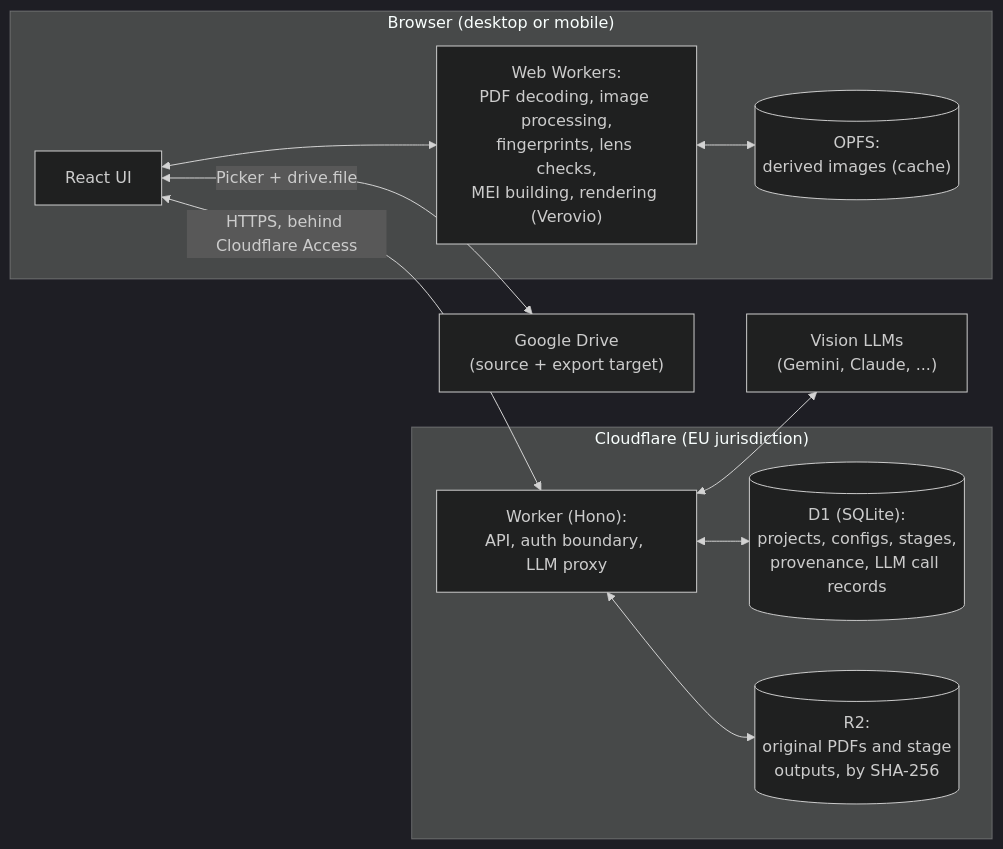
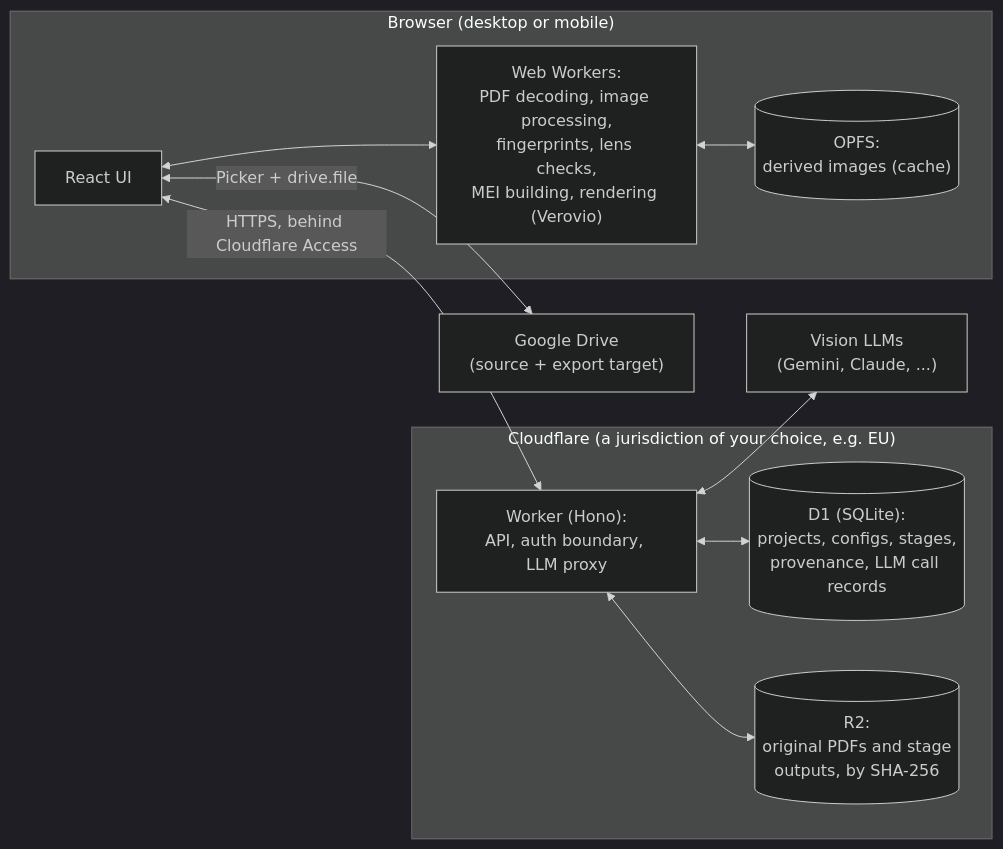
Before and after one commit to tomasssalles/score3ly: the diagram in docs/overview.md, drawn with Mermaid (dark theme). The commit also changed other lines of this file and 12 other files, not shown here.

First line of the commit message:
Cloudflare setup: the jurisdiction is a required parameter; wrangler.jsonc is no longer committed

````diff
--- a/docs/overview.md
+++ b/docs/overview.md
@@ -105,25 +105,25 @@
 ```mermaid
 flowchart LR
   subgraph Device["Browser (desktop or mobile)"]
     UI[React UI]
     WW["Web Workers:<br/>PDF decoding, image processing,<br/>fingerprints, lens checks,<br/>MEI building, rendering (Verovio)"]
     OPFS[("OPFS:<br/>derived images (cache)")]
     UI <--> WW
     WW <--> OPFS
   end
 
-  subgraph CF["Cloudflare (EU jurisdiction)"]
+  subgraph CF["Cloudflare (a jurisdiction of your choice, e.g. EU)"]
     W["Worker (Hono):<br/>API, auth boundary, LLM proxy"]
     D1[("D1 (SQLite):<br/>projects, configs, stages,<br/>provenance, LLM call records")]
     R2[("R2:<br/>original PDFs and stage<br/>outputs, by SHA-256")]
     W <--> D1
     W <--> R2
   end
 
   Drive["Google Drive<br/>(source + export target)"]
   LLM["Vision LLMs<br/>(Gemini, Claude, ...)"]
 
   UI <-->|HTTPS, behind Cloudflare Access| W
   UI <-->|Picker + drive.file| Drive
   W <--> LLM
 ```
````
